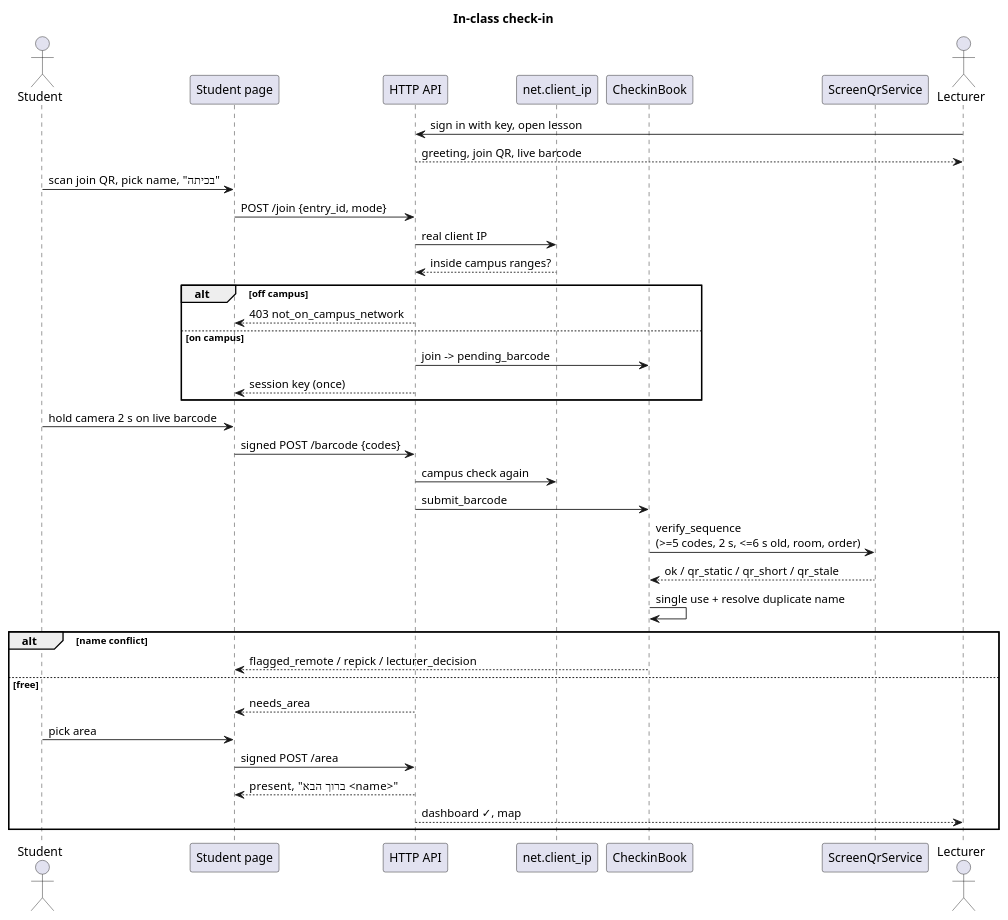
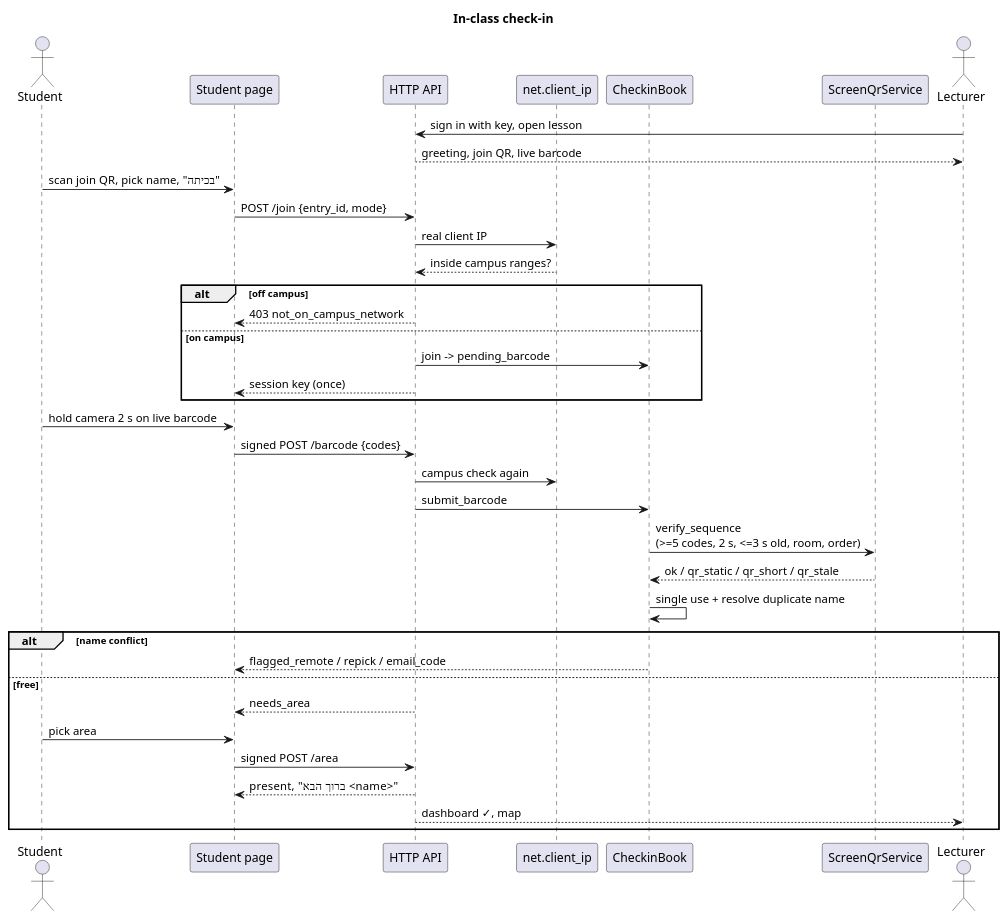
One commit to Haim-Barby/ZooMoodle changed the diagram in docs/diagrams/seq-checkin.puml. Above: the diagram before and after it, drawn with PlantUML. The commit also changed 19 other files, not shown here.

```diff
--- a/docs/diagrams/seq-checkin.puml
+++ b/docs/diagrams/seq-checkin.puml
@@ -1,40 +1,40 @@
 @startuml seq-checkin
 title In-class check-in
 
 actor Student
 participant "Student page" as UI
 participant "HTTP API" as API
 participant "net.client_ip" as NET
 participant CheckinBook as CB
 participant ScreenQrService as QR
 actor Lecturer
 
 Lecturer -> API : sign in with key, open lesson
 API --> Lecturer : greeting, join QR, live barcode
 Student -> UI : scan join QR, pick name, "בכיתה"
 UI -> API : POST /join {entry_id, mode}
 API -> NET : real client IP
 NET --> API : inside campus ranges?
 alt off campus
   API --> UI : 403 not_on_campus_network
 else on campus
   API -> CB : join -> pending_barcode
   API --> UI : session key (once)
 end
 Student -> UI : hold camera 2 s on live barcode
 UI -> API : signed POST /barcode {codes}
 API -> NET : campus check again
 API -> CB : submit_barcode
-CB -> QR : verify_sequence\n(>=5 codes, 2 s, <=6 s old, room, order)
+CB -> QR : verify_sequence\n(>=5 codes, 2 s, <=3 s old, room, order)
 QR --> CB : ok / qr_static / qr_short / qr_stale
 CB -> CB : single use + resolve duplicate name
 alt name conflict
-  CB --> UI : flagged_remote / repick / lecturer_decision
+  CB --> UI : flagged_remote / repick / email_code
 else free
   API --> UI : needs_area
   Student -> UI : pick area
   UI -> API : signed POST /area
   API --> UI : present, "ברוך הבא <name>"
   API --> Lecturer : dashboard ✓, map
 end
 @enduml
```
